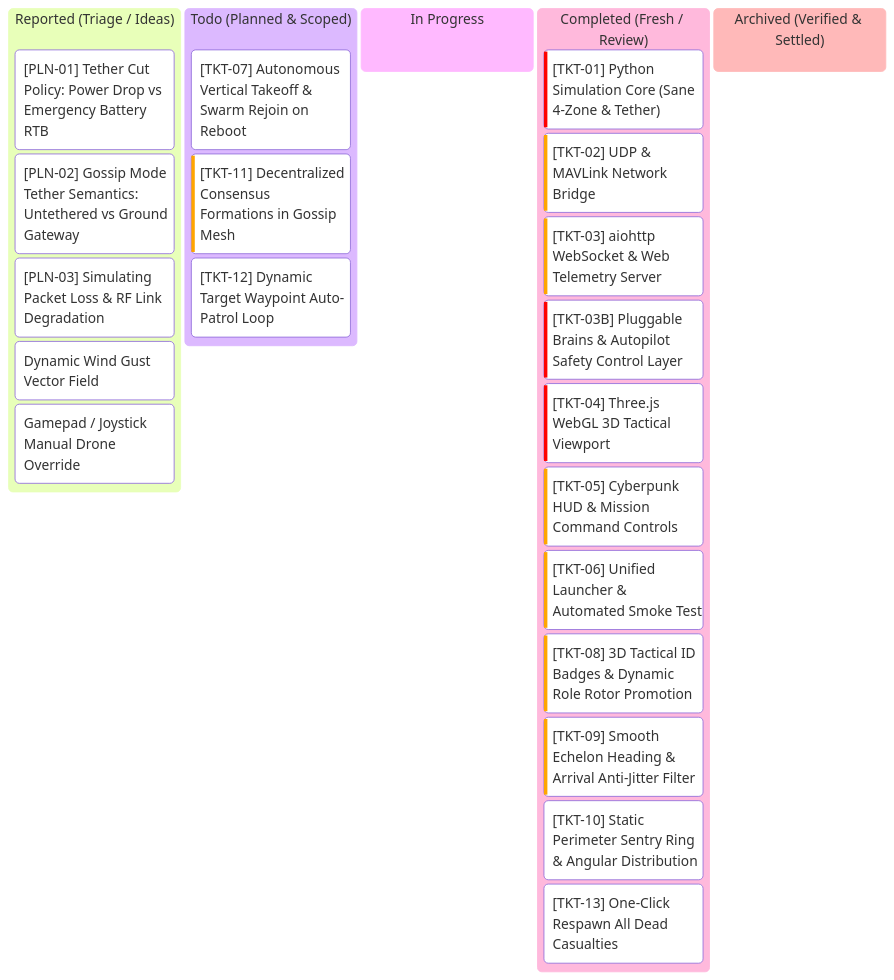
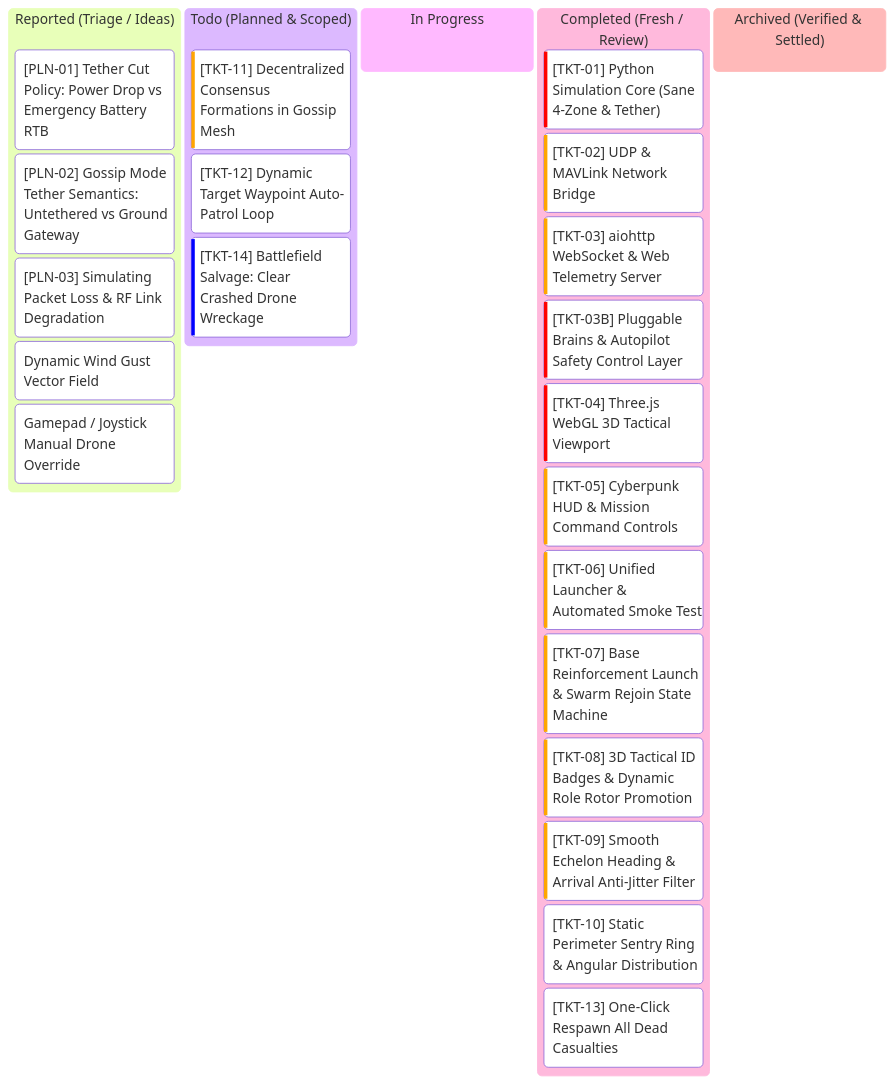
The diagram in kanban.md (AlitheiaDeus/SwarmTech_v3-Uprising), drawn with Mermaid before and after one commit. The commit also changed other lines of this file and 9 other files, not shown here.

Commit message:
feat: implement TKT-07 base reinforcement spawner & 3-phase takeoff, log TKT-14 salvage

````diff
--- a/kanban.md
+++ b/kanban.md
@@ -7,27 +7,28 @@
 ```mermaid
 kanban
   reported["Reported (Triage / Ideas)"]
     pln1["[PLN-01] Tether Cut Policy: Power Drop vs Emergency Battery RTB"]
     pln2["[PLN-02] Gossip Mode Tether Semantics: Untethered vs Ground Gateway"]
     pln3["[PLN-03] Simulating Packet Loss & RF Link Degradation"]
     idea1["Dynamic Wind Gust Vector Field"]
     idea2["Gamepad / Joystick Manual Drone Override"]
   todo["Todo (Planned & Scoped)"]
-    tkt7["[TKT-07] Autonomous Vertical Takeoff & Swarm Rejoin on Reboot"]@{ priority: 'Medium' }
     tkt11["[TKT-11] Decentralized Consensus Formations in Gossip Mesh"]@{ priority: 'High' }
     tkt12["[TKT-12] Dynamic Target Waypoint Auto-Patrol Loop"]@{ priority: 'Medium' }
+    tkt14["[TKT-14] Battlefield Salvage: Clear Crashed Drone Wreckage"]@{ priority: 'Low' }
   in_progress["In Progress"]
   completed["Completed (Fresh / Review)"]
     tkt1["[TKT-01] Python Simulation Core (Sane 4-Zone & Tether)"]@{ priority: 'Very High' }
     tkt2["[TKT-02] UDP & MAVLink Network Bridge"]@{ priority: 'High' }
     tkt3["[TKT-03] aiohttp WebSocket & Web Telemetry Server"]@{ priority: 'High' }
     tkt3b["[TKT-03B] Pluggable Brains & Autopilot Safety Control Layer"]@{ priority: 'Very High' }
     tkt4["[TKT-04] Three.js WebGL 3D Tactical Viewport"]@{ priority: 'Very High' }
     tkt5["[TKT-05] Cyberpunk HUD & Mission Command Controls"]@{ priority: 'High' }
     tkt6["[TKT-06] Unified Launcher & Automated Smoke Test"]@{ priority: 'High' }
+    tkt7["[TKT-07] Base Reinforcement Launch & Swarm Rejoin State Machine"]@{ priority: 'High' }
     tkt8["[TKT-08] 3D Tactical ID Badges & Dynamic Role Rotor Promotion"]@{ priority: 'High' }
     tkt9["[TKT-09] Smooth Echelon Heading & Arrival Anti-Jitter Filter"]@{ priority: 'High' }
     tkt10["[TKT-10] Static Perimeter Sentry Ring & Angular Distribution"]@{ priority: 'Medium' }
     tkt13["[TKT-13] One-Click Respawn All Dead Casualties"]@{ priority: 'Medium' }
   archived["Archived (Verified & Settled)"]
 ```
````
